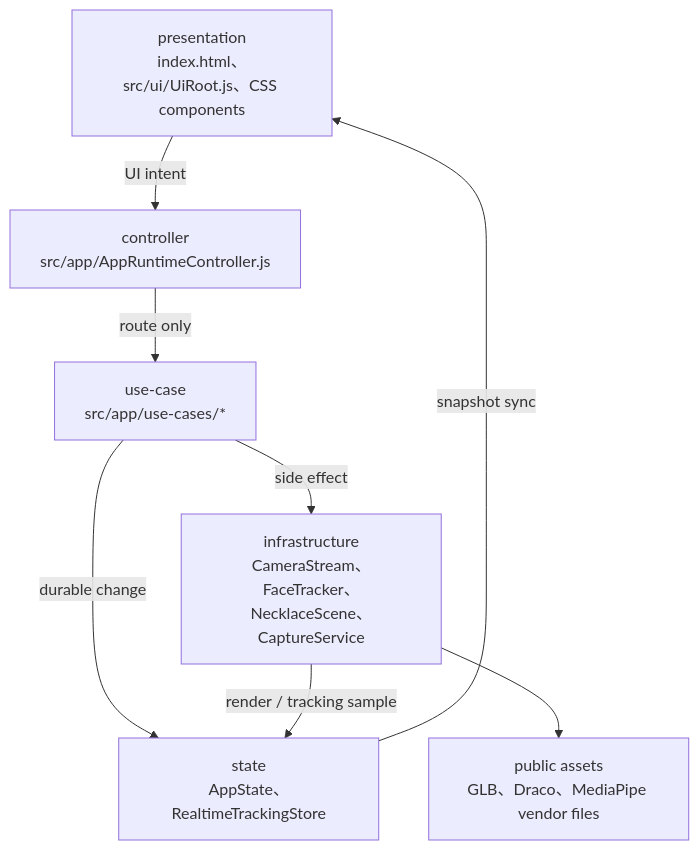
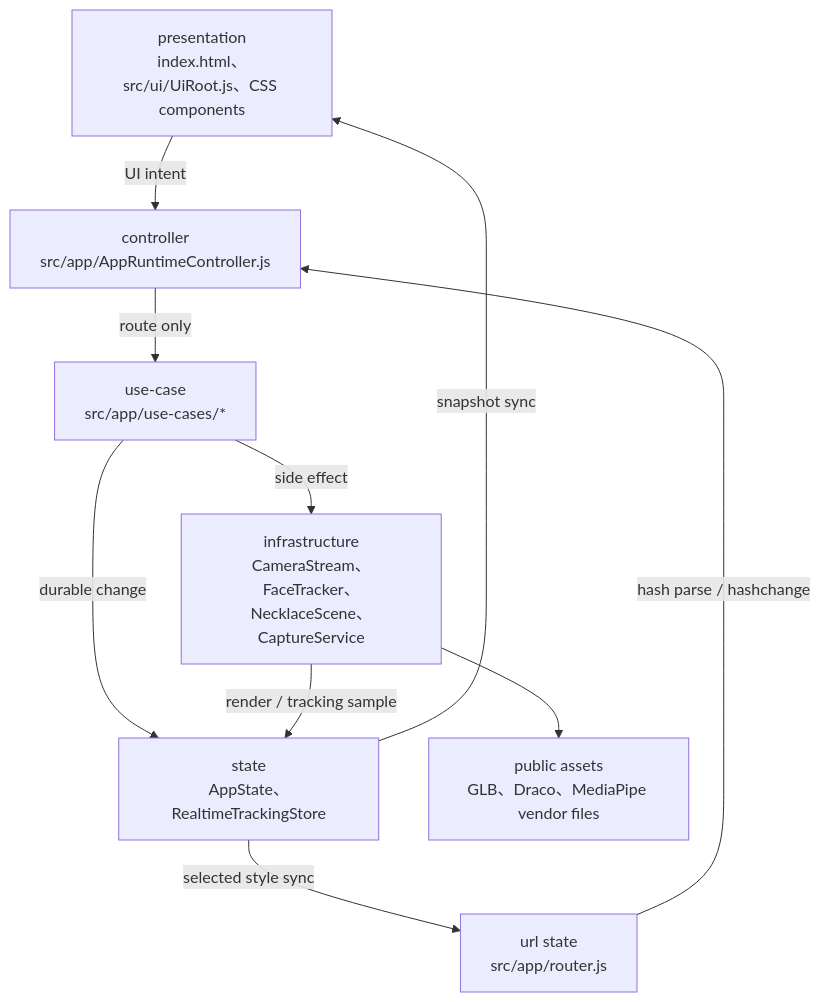
One commit to cooby19/ar_necklace changed the first of 2 diagrams in docs/ARCHITECTURE.md. Above: the diagram before and after it, drawn with Mermaid. The commit also changed other lines of this file and 9 other files, not shown here.

````diff
--- a/docs/ARCHITECTURE.md
+++ b/docs/ARCHITECTURE.md
@@ -7,17 +7,20 @@
 ```mermaid
 flowchart TB
   Presentation["presentation\nindex.html、src/ui/UiRoot.js、CSS components"]
+  Router["url state\nsrc/app/router.js"]
   Controller["controller\nsrc/app/AppRuntimeController.js"]
   UseCase["use-case\nsrc/app/use-cases/*"]
   State["state\nAppState、RealtimeTrackingStore"]
   Infrastructure["infrastructure\nCameraStream、FaceTracker、NecklaceScene、CaptureService"]
   Assets["public assets\nGLB、Draco、MediaPipe vendor files"]
 
   Presentation -->|"UI intent"| Controller
+  Router -->|"hash parse / hashchange"| Controller
   Controller -->|"route only"| UseCase
   UseCase -->|"durable change"| State
   UseCase -->|"side effect"| Infrastructure
   Infrastructure --> Assets
   State -->|"snapshot sync"| Presentation
+  State -->|"selected style sync"| Router
   Infrastructure -->|"render / tracking sample"| State
 ```
````
